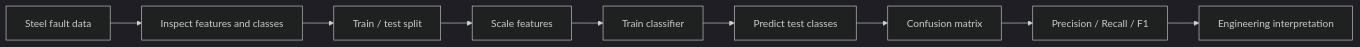
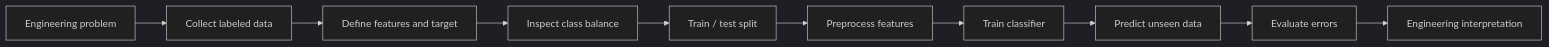
One commit to iqram20/ComputerAidedAnalysis changed the fourth of 5 diagrams in weeks/Week_08_Classification/Week_08_Lecture_Page.md. Above: the diagram before and after it, drawn with Mermaid (dark theme). The commit also changed other lines of this file, not shown here.

Commit message:
Reorganize Week 8 lecture to introduce engineering classification before steel case study

```diff
--- a/weeks/Week_08_Classification/Week_08_Lecture_Page.md
+++ b/weeks/Week_08_Classification/Week_08_Lecture_Page.md
@@ -277,11 +248,12 @@
 ~~~mermaid
 flowchart LR
-    A[Steel fault data] --> B[Inspect features and classes]
-    B --> C[Train / test split]
-    C --> D[Scale features]
-    D --> E[Train classifier]
-    E --> F[Predict test classes]
-    F --> G[Confusion matrix]
-    G --> H[Precision / Recall / F1]
-    H --> I[Engineering interpretation]
+    A[Engineering problem] --> B[Collect labeled data]
+    B --> C[Define features and target]
+    C --> D[Inspect class balance]
+    D --> E[Train / test split]
+    E --> F[Preprocess features]
+    F --> G[Train classifier]
+    G --> H[Predict unseen data]
+    H --> I[Evaluate errors]
+    I --> J[Engineering interpretation]
 ~~~
```
